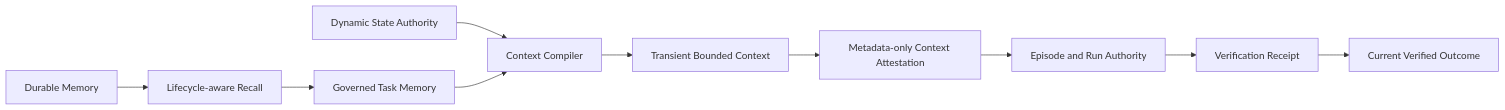
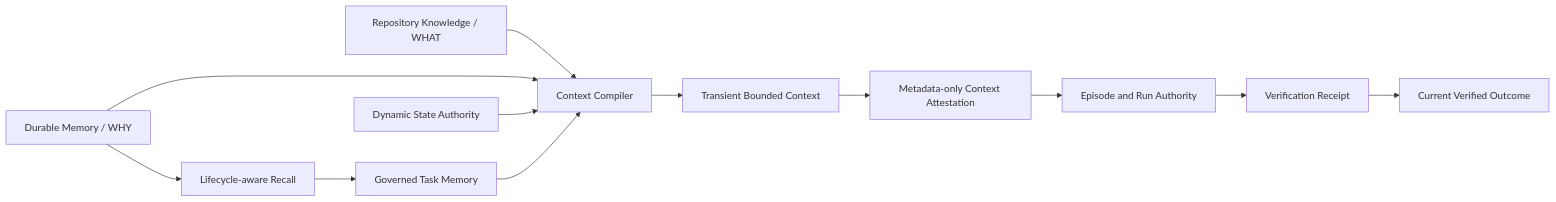
Before and after one commit to zzhang82/Agent-Memory-Bridge: the diagram in README.md, drawn with Mermaid. The commit also changed other lines of this file and 13 other files, not shown here.

````diff
--- a/README.md
+++ b/README.md
@@ -40,12 +41,14 @@
 ```mermaid
 flowchart LR
-    A[Durable Memory] --> C[Lifecycle-aware Recall]
-    B[Dynamic State Authority] --> D[Context Compiler]
+    A[Durable Memory / WHY] --> C[Lifecycle-aware Recall]
+    B[Repository Knowledge / WHAT] --> D[Context Compiler]
+    A --> D
+    S[Dynamic State Authority] --> D
     C --> E[Governed Task Memory]
     E --> D
     D --> F[Transient Bounded Context]
     F --> G[Metadata-only Context Attestation]
     G --> H[Episode and Run Authority]
     H --> I[Verification Receipt]
     I --> J[Current Verified Outcome]
 ```
````
